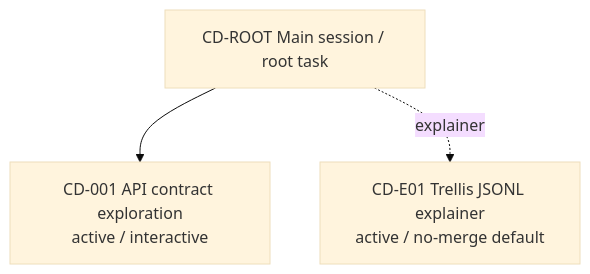
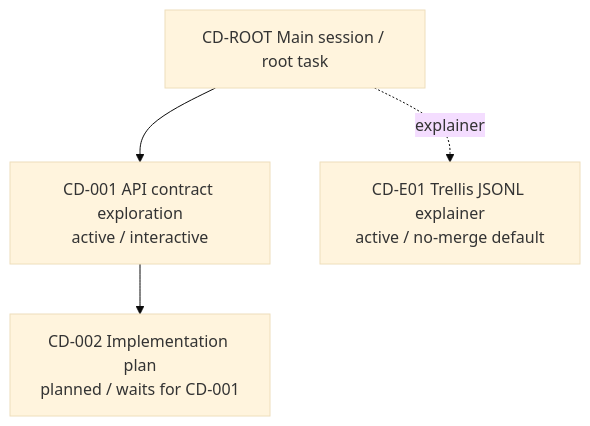
Before and after one commit to Jinghao67/conductor: the diagram in examples/branch-map.md, drawn with Mermaid (base theme). The commit also changed other lines of this file and 14 other files, not shown here.

````diff
--- a/examples/branch-map.md
+++ b/examples/branch-map.md
@@ -21,9 +31,11 @@
 ```mermaid
 flowchart TD
   ROOT["CD-ROOT Main session / root task"]
   B1["CD-001 API contract exploration<br/>active / interactive"]
+  B2["CD-002 Implementation plan<br/>planned / waits for CD-001"]
   E1["CD-E01 Trellis JSONL explainer<br/>active / no-merge default"]
 
   ROOT --> B1
+  B1 --> B2
   ROOT -. explainer .-> E1
 ```
````
